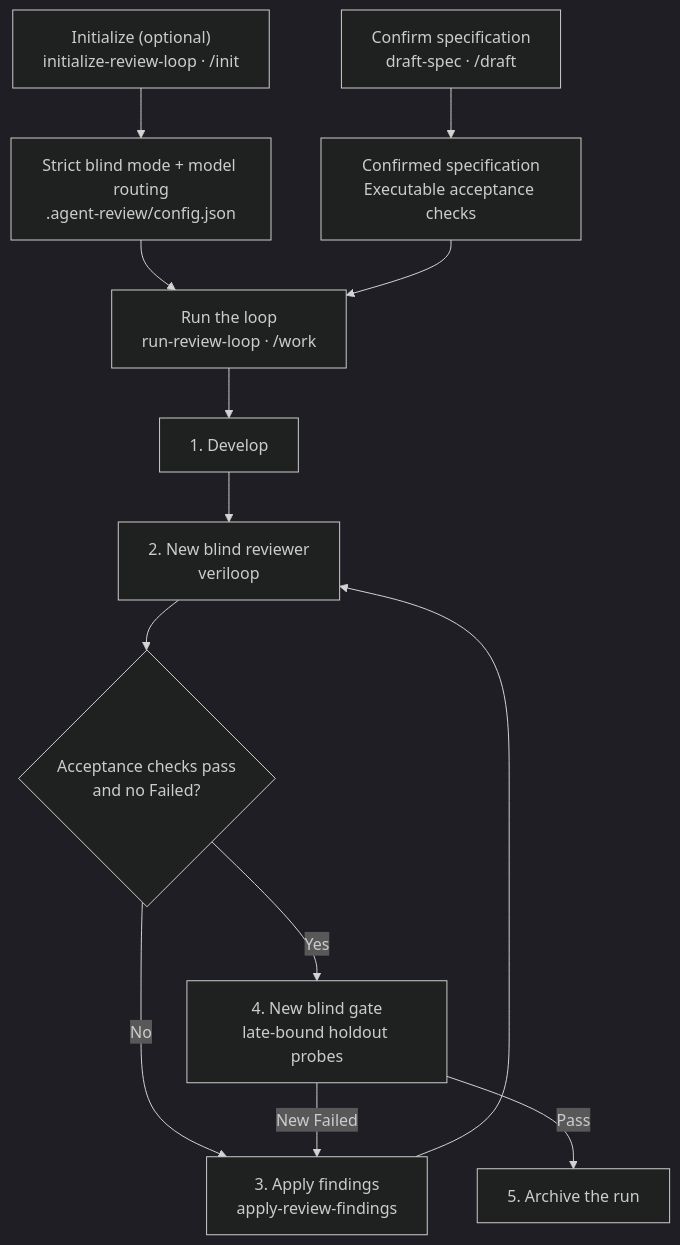
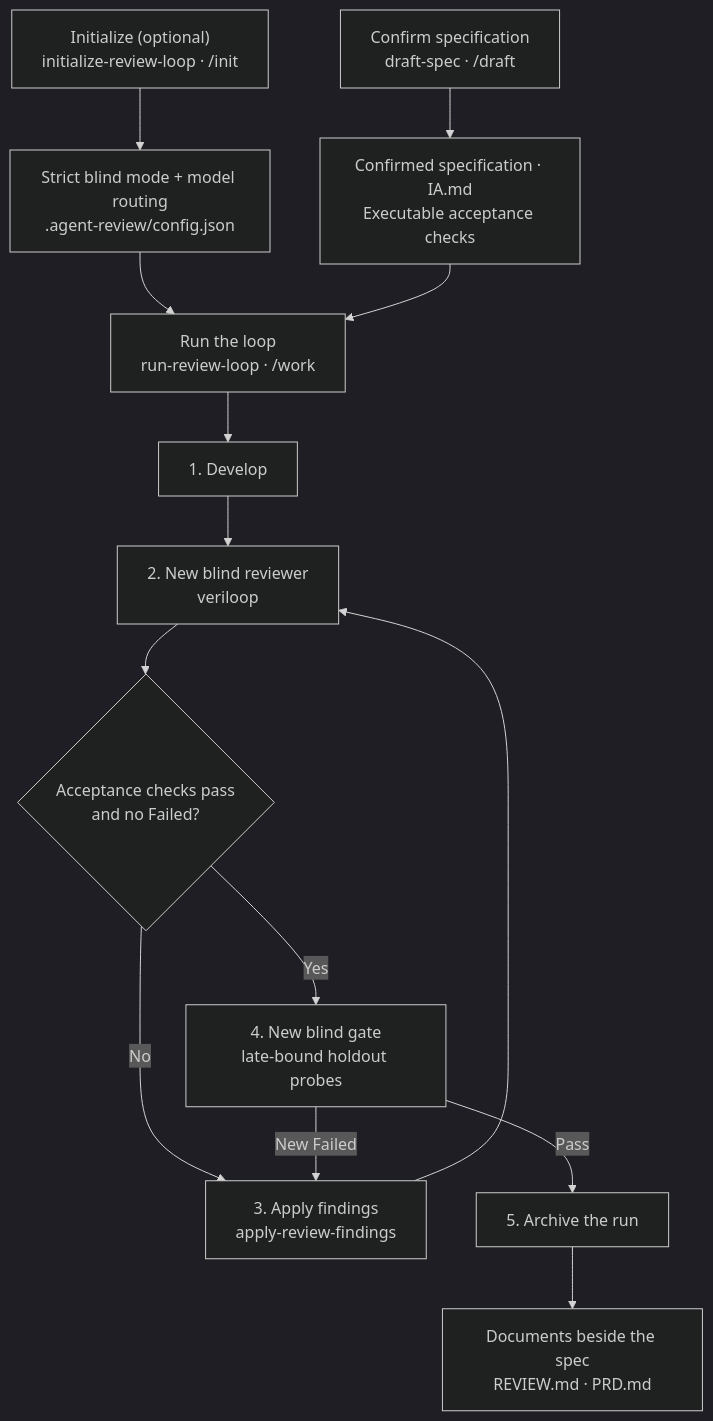
Before and after one commit to dev-geon/veriloop: the diagram in README.md, drawn with Mermaid (dark theme). The commit also changed other lines of this file and 5 other files, not shown here.

First line of the commit message:
feat: split loop artifacts into IA.md, REVIEW.md and PRD.md

````diff
--- a/README.md
+++ b/README.md
@@ -32,15 +32,16 @@
 ```mermaid
 flowchart TD
     Init["Initialize (optional)<br/>initialize-review-loop · /init"] --> State["Strict blind mode + model routing<br/>.agent-review/config.json"]
-    Draft["Confirm specification<br/>draft-spec · /draft"] --> Spec["Confirmed specification<br/>Executable acceptance checks"]
+    Draft["Confirm specification<br/>draft-spec · /draft"] --> Spec["Confirmed specification · IA.md<br/>Executable acceptance checks"]
     State --> Run["Run the loop<br/>run-review-loop · /work"]
     Spec --> Run
     Run --> Develop["1. Develop"]
     Develop --> Review["2. New blind reviewer<br/>veriloop"]
     Review --> Decision{"Acceptance checks pass<br/>and no Failed?"}
     Decision -- "No" --> Fix["3. Apply findings<br/>apply-review-findings"]
     Fix --> Review
     Decision -- "Yes" --> Gate["4. New blind gate<br/>late-bound holdout probes"]
     Gate -- "New Failed" --> Fix
     Gate -- "Pass" --> Archive["5. Archive the run"]
+    Archive --> Docs["Documents beside the spec<br/>REVIEW.md · PRD.md"]
 ```
````
